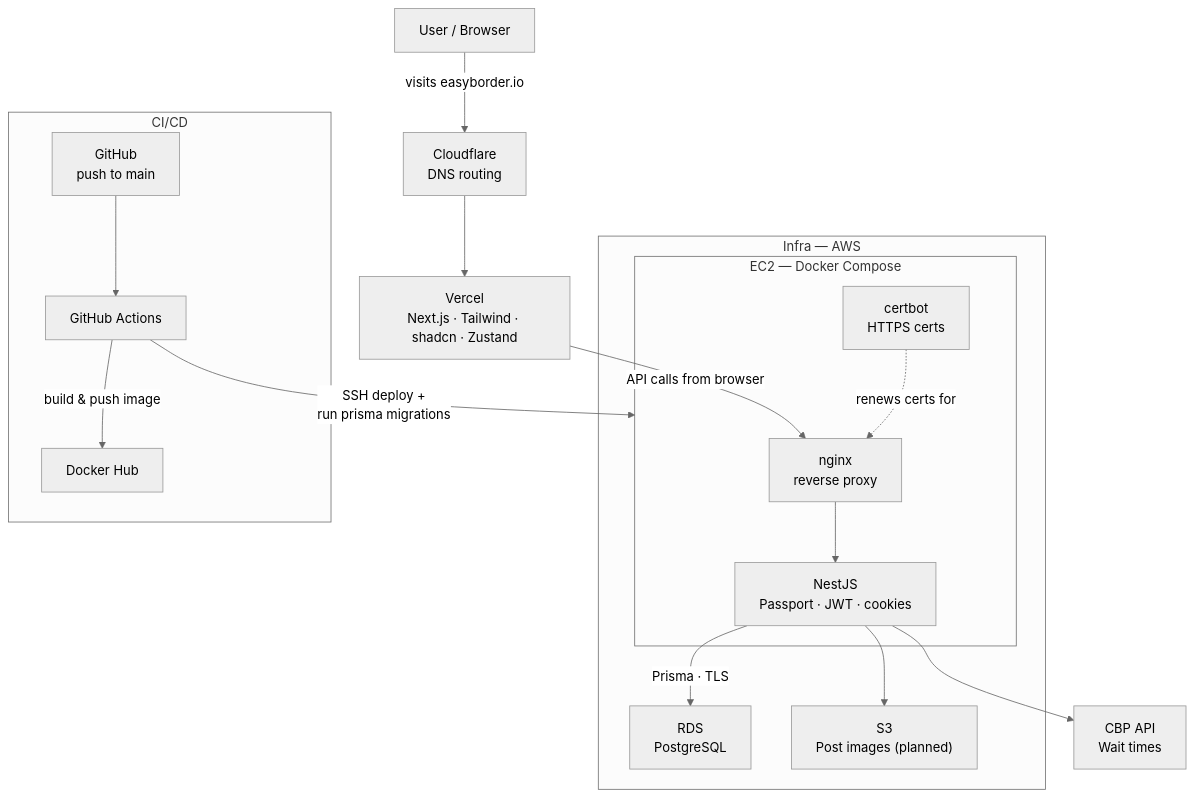
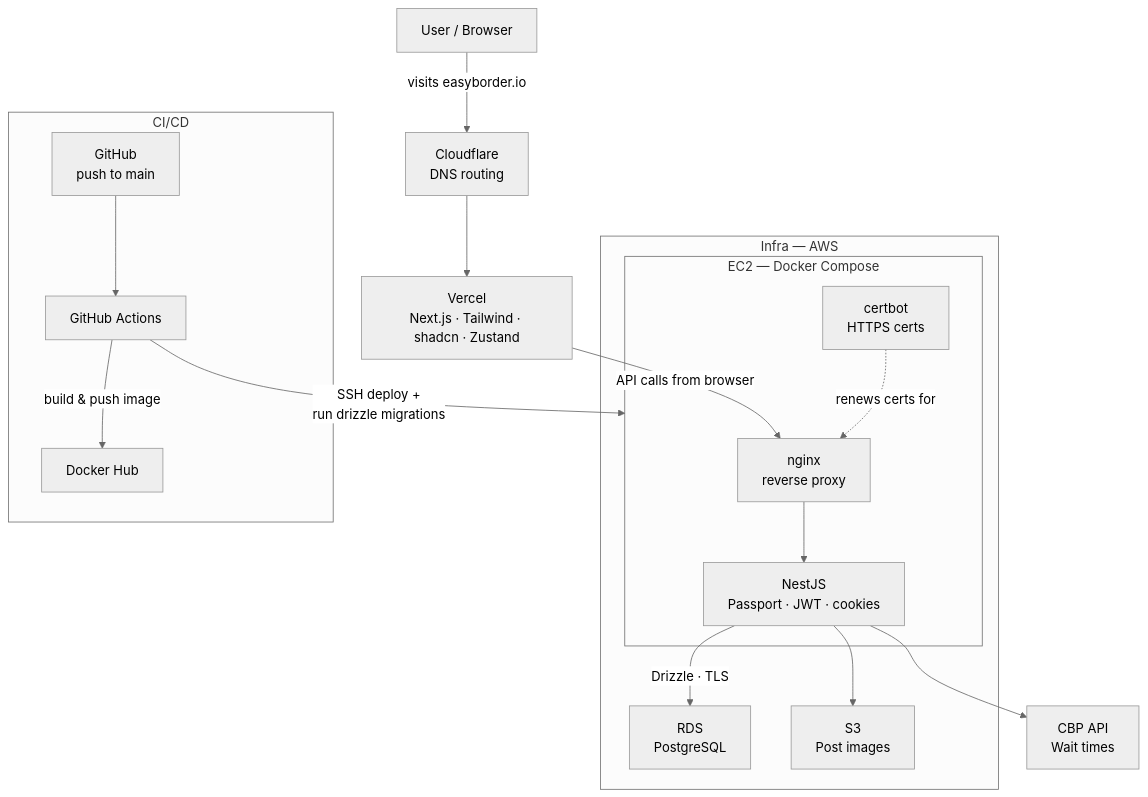
The diagram in README.md (mark-elias/easyborder-frontend), drawn with Mermaid (neutral theme) before and after one commit. The commit also changed other lines of this file, not shown here.

````diff
--- a/README.md
+++ b/README.md
@@ -46,31 +46,31 @@
 ```mermaid
 flowchart TD
     User["User / Browser"] -->|"visits easyborder.io"| CF["Cloudflare<br/>DNS routing"]
     CF --> Vercel["Vercel<br/>Next.js · Tailwind · shadcn · Zustand"]
     Vercel -->|"API calls from browser"| Nginx
 
     subgraph Infra["Infra — AWS"]
         subgraph EC2["EC2 — Docker Compose"]
             Nginx["nginx<br/>reverse proxy"]
             Certbot["certbot<br/>HTTPS certs"]
             Backend["NestJS<br/>Passport · JWT · cookies"]
 
             Nginx --> Backend
             Certbot -.->|renews certs for| Nginx
         end
 
         RDS["RDS<br/>PostgreSQL"]
-        S3["S3<br/>Post images (planned)"]
+        S3["S3<br/>Post images"]
 
-        Backend -->|"Prisma · TLS"| RDS
+        Backend -->|"Drizzle · TLS"| RDS
         Backend --> S3
     end
 
     Backend --> CBP["CBP API<br/>Wait times"]
 
     subgraph CICD["CI/CD"]
         GH["GitHub<br/>push to main"] --> GHA["GitHub Actions"]
         GHA -->|"build & push image"| DH["Docker Hub"]
-        GHA -->|"SSH deploy +<br/>run prisma migrations"| EC2
+        GHA -->|"SSH deploy +<br/>run drizzle migrations"| EC2
     end
 ```
````
